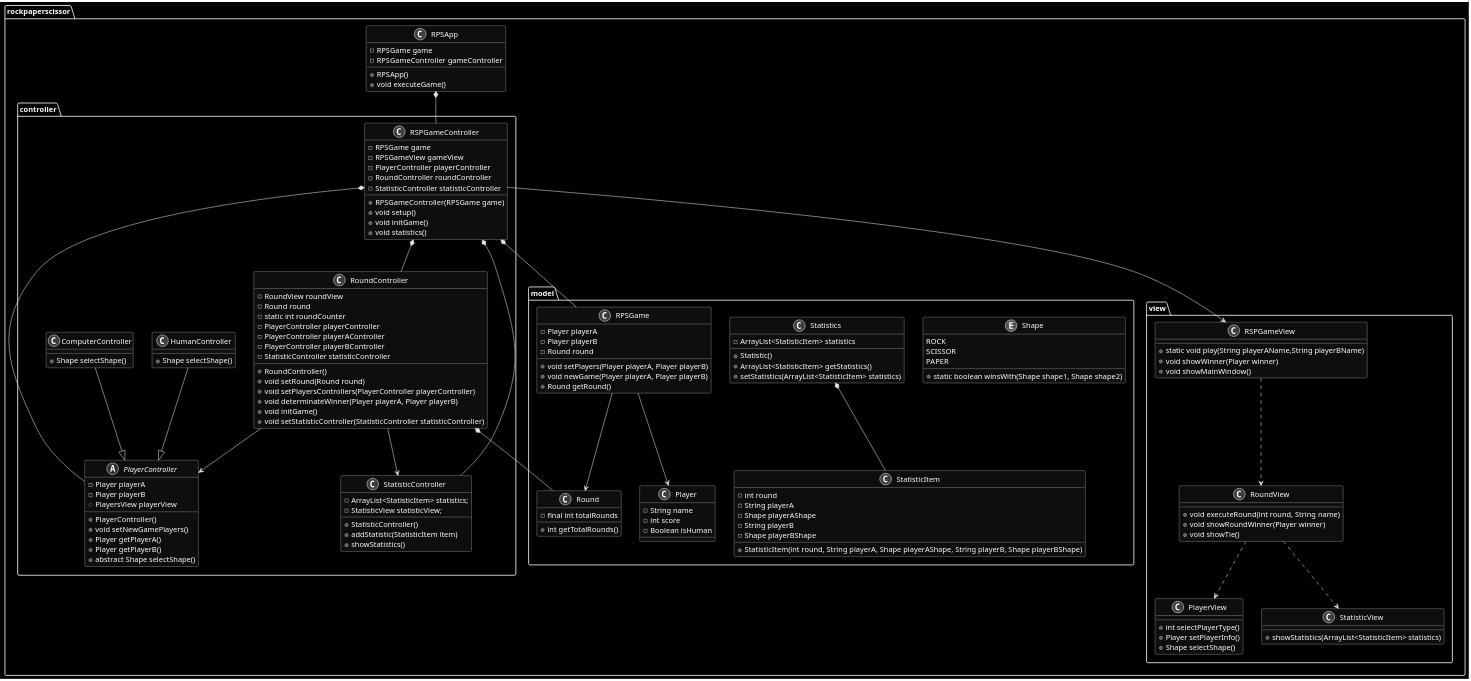
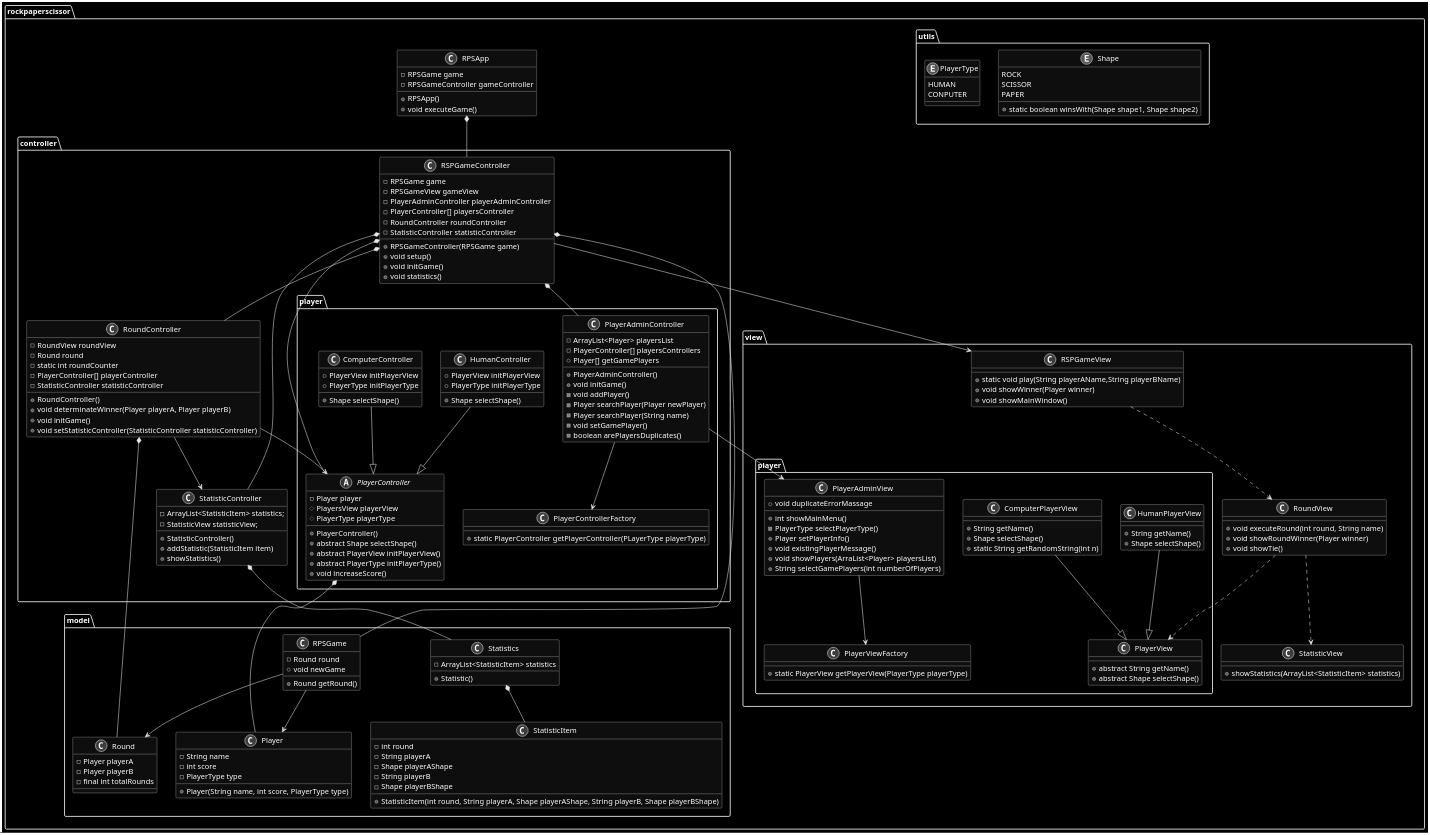
One commit to andrescordovatelus/RockPaperScissor-MVC changed the diagram in docs/rsp-mvc.wsd. Above: the diagram before and after it, drawn with PlantUML. The commit also changed 12 other files, not shown here.

Commit message:
Adding some validations and refactoring diagram

```diff
--- a/docs/rsp-mvc.wsd
+++ b/docs/rsp-mvc.wsd
@@ -12,33 +12,23 @@
         class Player{
             -String name
             -int score
-            -Boolean isHuman
-        }
-        Enum Shape{
-            ROCK
-            SCISSOR
-            PAPER
+            -PlayerType type
 
-            +static boolean winsWith(Shape shape1, Shape shape2)
+            +Player(String name, int score, PlayerType type)
         }
         class Round{
+            -Player playerA
+            -Player playerB
             -final int totalRounds
-            +int getTotalRounds()
         }
         class RPSGame{
-            -Player playerA
-            -Player playerB
             -Round round
-
-            +void setPlayers(Player playerA, Player playerB)
-            +void newGame(Player playerA, Player playerB)
+            +void newGame
             +Round getRound()
         }
         class Statistics{
             -ArrayList<StatisticItem> statistics
             +Statistic()
-            +ArrayList<StatisticItem> getStatistics()
-            +setStatistics(ArrayList<StatisticItem> statistics)
         }
         class StatisticItem{
             -int round
@@ -49,15 +39,71 @@
 
             +StatisticItem(int round, String playerA, Shape playerAShape, String playerB, Shape playerBShape)
         }
-
-
     }
 
     package controller{
+        package player{
+            class PlayerAdminController{
+                -ArrayList<Player> playersList
+                -PlayerController[] playersControllers
+                +Player[] getGamePlayers
+
+                +PlayerAdminController()
+                +void initGame()
+                -void addPlayer()
+                -Player searchPlayer(Player newPlayer)
+                -Player searchPlayer(String name)
+                -void setGamePlayer()
+                -boolean arePlayersDuplicates()
+            }
+
+            class PlayerControllerFactory{
+                +static PlayerController getPlayerController(PLayerType playerType)
+            }
+
+            abstract class PlayerController{
+                -Player player
+                #PlayersView playerView
+                #PlayerType playerType
+
+                +PlayerController()
+                +abstract Shape selectShape()
+                +abstract PlayerView initPlayerView()
+                +abstract PlayerType initPlayerType()
+                +void increaseScore()
+            }
+
+            class HumanController{
+                +Shape selectShape()
+                +PlayerView initPlayerView
+                +PlayerType initPlayerType
+            }
+
+            class ComputerController{
+                +Shape selectShape()
+                +PlayerView initPlayerView
+                +PlayerType initPlayerType
+            }
+        }
+
+        class RoundController{
+            -RoundView roundView
+            -Round round
+            -static int roundCounter
+            -PlayerController[] playerController
+            -StatisticController statisticController
+
+            +RoundController()
+            +void determinateWinner(Player playerA, Player playerB)
+            +void initGame()
+            +void setStatisticController(StatisticController statisticController)
+        }
+
         class RSPGameController{
             -RPSGame game
             -RPSGameView gameView
-            -PlayerController playerController
+            -PlayerAdminController playerAdminController
+            -PlayerController[] playersController
             -RoundController roundController
             -StatisticController statisticController
 
@@ -67,34 +113,6 @@
             +void statistics()
         }
 
-        abstract class PlayerController{
-            -Player playerA
-            -Player playerB
-            #PlayersView playerView
-
-            +PlayerController()
-            +void setNewGamePlayers()
-            +Player getPlayerA()
-            +Player getPlayerB()
-            +abstract Shape selectShape()
-        }
-
-        class RoundController{
-            -RoundView roundView
-            -Round round
-            -static int roundCounter
-            -PlayerController playerController
-            -PlayerController playerAController
-            -PlayerController playerBController
-            -StatisticController statisticController
-
-            +RoundController()
-            +void setRound(Round round)
-            +void setPlayersControllers(PlayerController playerController)
-            +void determinateWinner(Player playerA, Player playerB)
-            +void initGame()
-            +void setStatisticController(StatisticController statisticController)
-        }
         class StatisticController{
             -ArrayList<StatisticItem> statistics;
             -StatisticView statisticView;
@@ -103,27 +121,54 @@
             +addStatistic(StatisticItem item)
             +showStatistics()
         }
+    }
 
-        class HumanController{
-            +Shape selectShape()
+    package utils{
+        Enum Shape{
+            ROCK
+            SCISSOR
+            PAPER
+
+            +static boolean winsWith(Shape shape1, Shape shape2)
         }
-
-        class ComputerController{
-            +Shape selectShape()
+        Enum PlayerType{
+            HUMAN
+            CONPUTER
         }
     }
     package view{
+        package player{
+            class PlayerView{
+                +abstract String getName()
+                +abstract Shape selectShape()
+            }
+            class HumanPlayerView{
+                +String getName()
+                +Shape selectShape()
+            }
+            class ComputerPlayerView{
+                +String getName()
+                +Shape selectShape()
+                +static String getRandomString(int n)
+            }
+            class PlayerAdminView{
+                +int showMainMenu()
+                -PlayerType selectPlayerType()
+                +Player setPlayerInfo()
+                +void existingPlayerMessage()
+                +void showPlayers(ArraList<Player> playersList)
+                +String selectGamePlayers(int numberOfPlayers)
+                +void duplicateErrorMassage
+            }
+            class PlayerViewFactory{
+                +static PlayerView getPlayerView(PlayerType playerType)
+            }
+        }
 
         class RSPGameView{
             +static void play(String playerAName,String playerBName)
             +void showWinner(Player winner)
             +void showMainWindow()
-        }
-
-        class PlayerView{
-            +int selectPlayerType()
-            +Player setPlayerInfo()
-            +Shape selectShape()
         }
 
         class RoundView{
@@ -135,26 +180,37 @@
             +showStatistics(ArrayList<StatisticItem> statistics)
         }
     }
+}
 
-    RPSGame --> Player
-    RPSGame --> Round
-    Statistics *-- StatisticItem
+RPSGame --> Player
+RPSGame --> Round
+Statistics *-- StatisticItem
 
-    RSPGameController *-- RPSGame
-    RSPGameController *-- PlayerController
-    RSPGameController *-- RoundController
-    RSPGameController *-- StatisticController
-    RoundController *-- Round
-    RoundController --> PlayerController
-    RoundController --> StatisticController
-    ComputerController --|> PlayerController
-    HumanController --|> PlayerController
-    RSPGameController --> RSPGameView
+RSPGameController *-- RPSGame
+RSPGameController *-- PlayerController
+RSPGameController *-- RoundController
+RSPGameController *-- StatisticController
+RoundController *-- Round
+RoundController --> PlayerController
+RoundController --> StatisticController
+ComputerController --|> PlayerController
+HumanController --|> PlayerController
+RSPGameController --> RSPGameView
 
-    RPSApp *-- RSPGameController
+RPSApp *-- RSPGameController
 
-    RSPGameView ..> RoundView
-    RoundView ..> PlayerView
-    RoundView ..> StatisticView
-}
+RSPGameView ..> RoundView
+RoundView ..> PlayerView
+RoundView ..> StatisticView
+
+HumanPlayerView --|> PlayerView
+ComputerPlayerView --|> PlayerView
+
+PlayerAdminView --> PlayerViewFactory
+PlayerAdminController --> PlayerAdminView
+PlayerAdminController --> PlayerControllerFactory
+RSPGameController *-- PlayerAdminController
+StatisticController *-- Statistics
+PlayerController *-- Player
+
 @enduml
```
